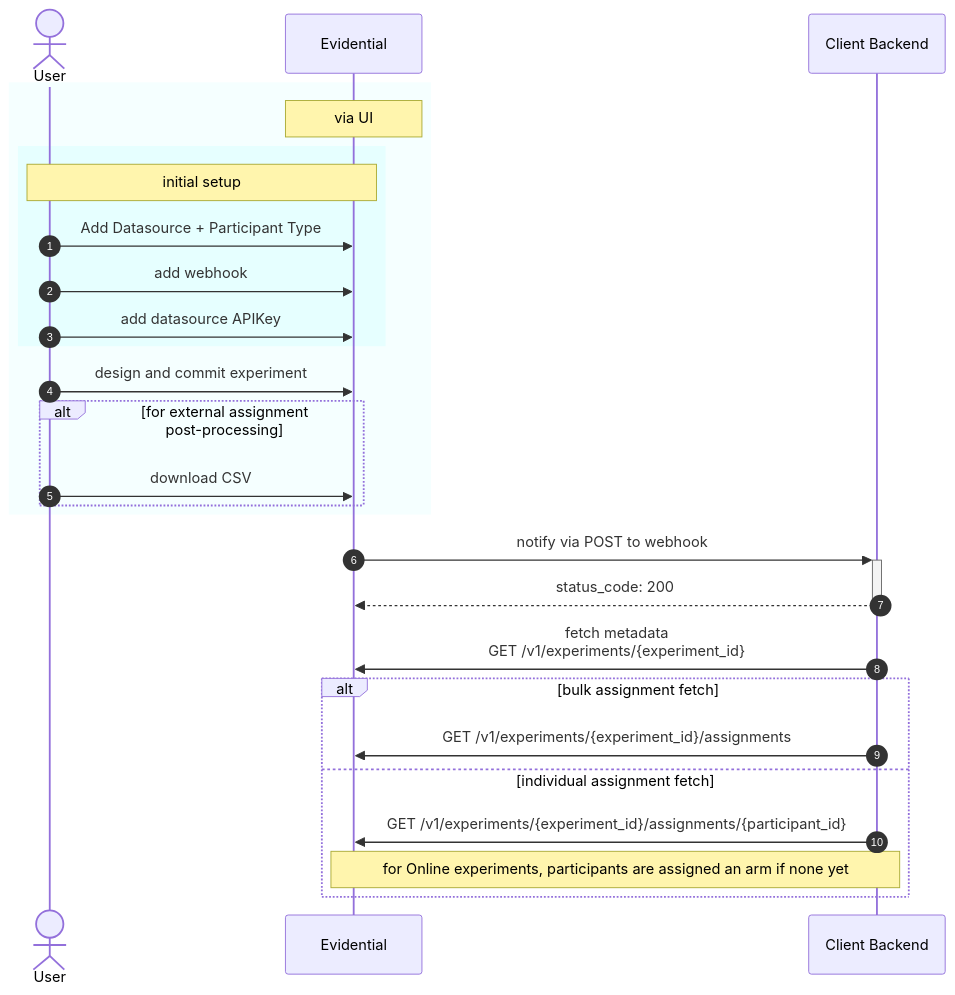
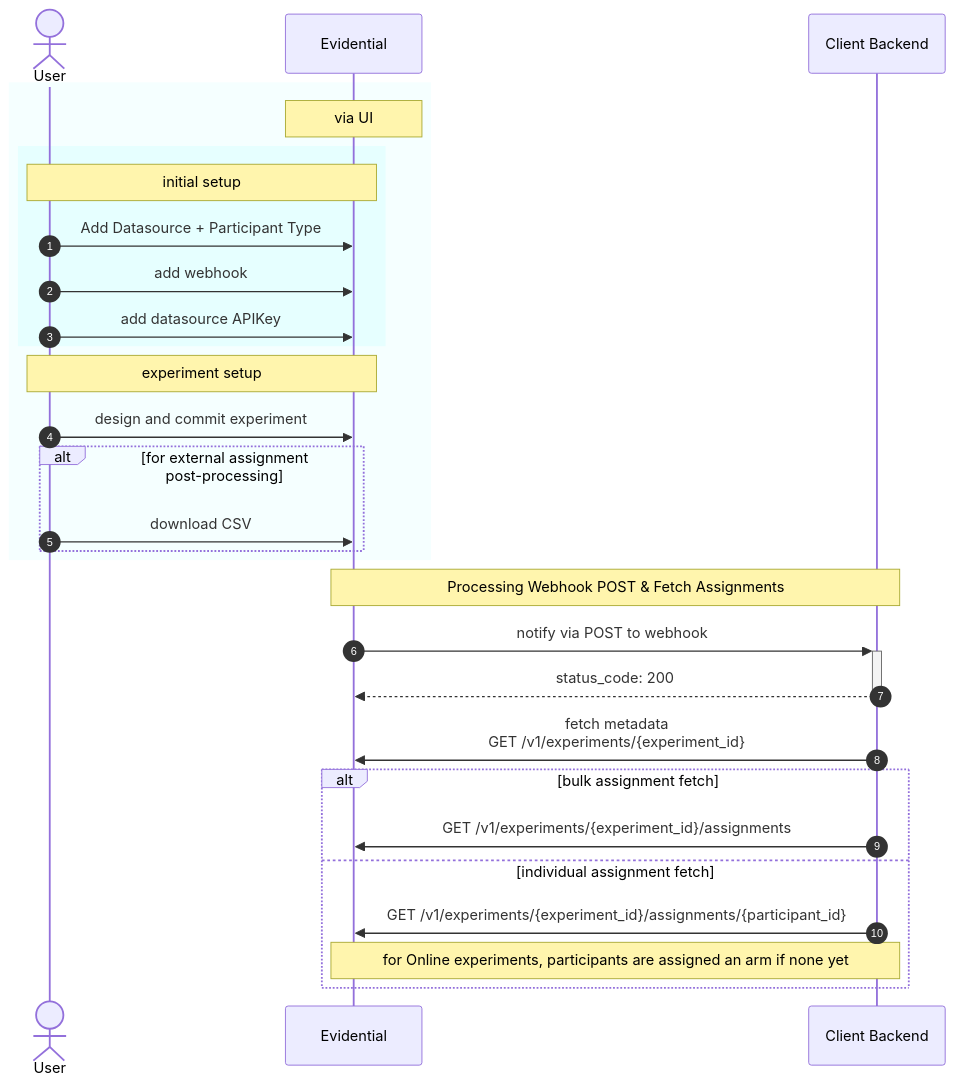
The diagram in docs/integration/integration.md (agency-fund/evidential-docs), drawn with Mermaid before and after one commit. The commit also changed other lines of this file and 17 other files, not shown here.

````diff
--- a/docs/integration/integration.md
+++ b/docs/integration/integration.md
@@ -7,32 +7,33 @@
 ```mermaid
 sequenceDiagram
     actor U as User
-#        actor I as Integrator
     participant E as Evidential
     participant CBE as Client Backend
     autonumber
 
     rect rgb(245, 255, 255)
         Note over E: via UI
         rect rgb(230, 255, 255)
-            Note over U,E: initial setup
-            U->>E: Add Datasource + Participant Type
-            U->>E: add webhook
-            U->>E: add datasource APIKey
+            Note over U, E: initial setup
+            U ->> E: Add Datasource + Participant Type
+            U ->> E: add webhook
+            U ->> E: add datasource APIKey
         end
-        U->>E: design and commit experiment
+        Note over U, E: experiment setup
+        U ->> E: design and commit experiment
         alt for external assignment post-processing
-            U->>E: download CSV
+            U ->> E: download CSV
         end
 
     end
-    E->>+CBE: notify via POST to webhook
-    CBE-->>-E: status_code: 200
-    CBE->>E: fetch metadata <br> GET /v1/experiments/{experiment_id}
+    Note over E, CBE: Processing Webhook POST & Fetch Assignments
+    E ->>+ CBE: notify via POST to webhook
+    CBE -->>- E: status_code: 200
+    CBE ->> E: fetch metadata <br> GET /v1/experiments/{experiment_id}
     alt bulk assignment fetch
-        CBE->>E: GET /v1/experiments/{experiment_id}/assignments
+        CBE ->> E: GET /v1/experiments/{experiment_id}/assignments
     else individual assignment fetch
-        CBE->>E: GET /v1/experiments/{experiment_id}/assignments/{participant_id}
-        Note over E,CBE: for Online experiments, participants are assigned an arm if none yet
+        CBE ->> E: GET /v1/experiments/{experiment_id}/assignments/{participant_id}
+        Note over E, CBE: for Online experiments, participants are assigned an arm if none yet
     end
 ```
````
